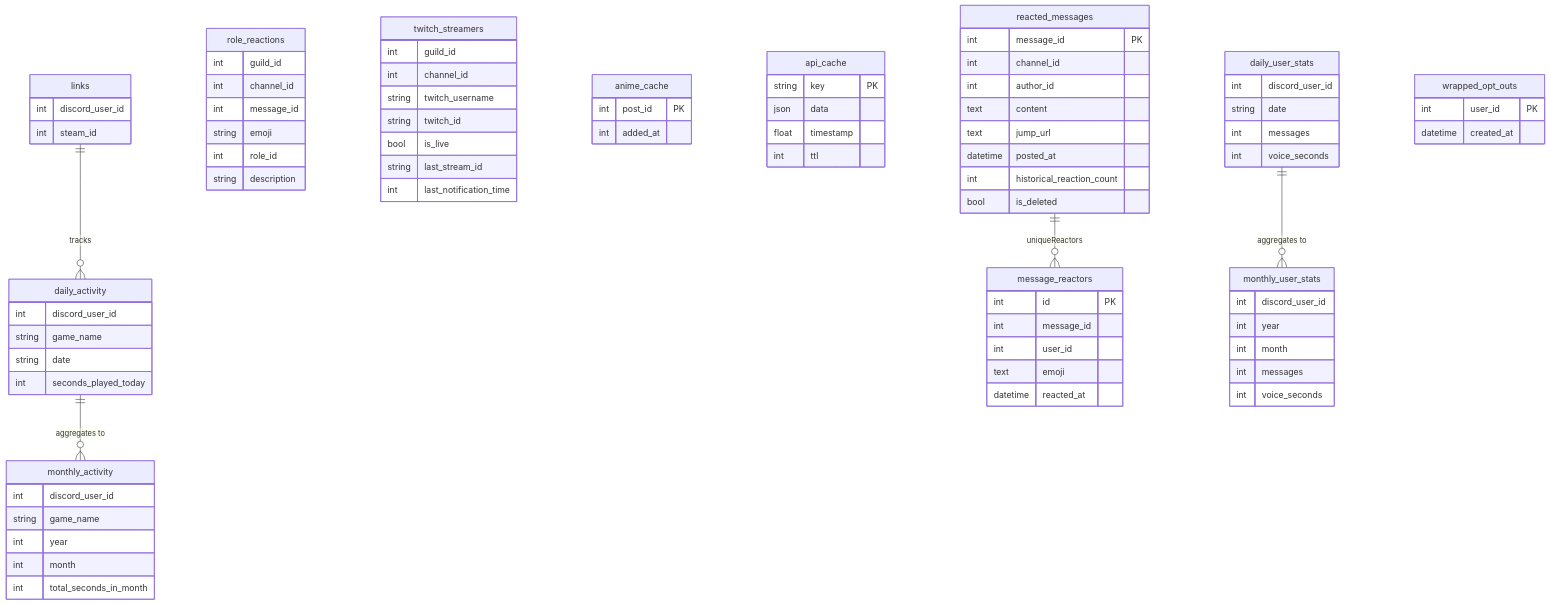
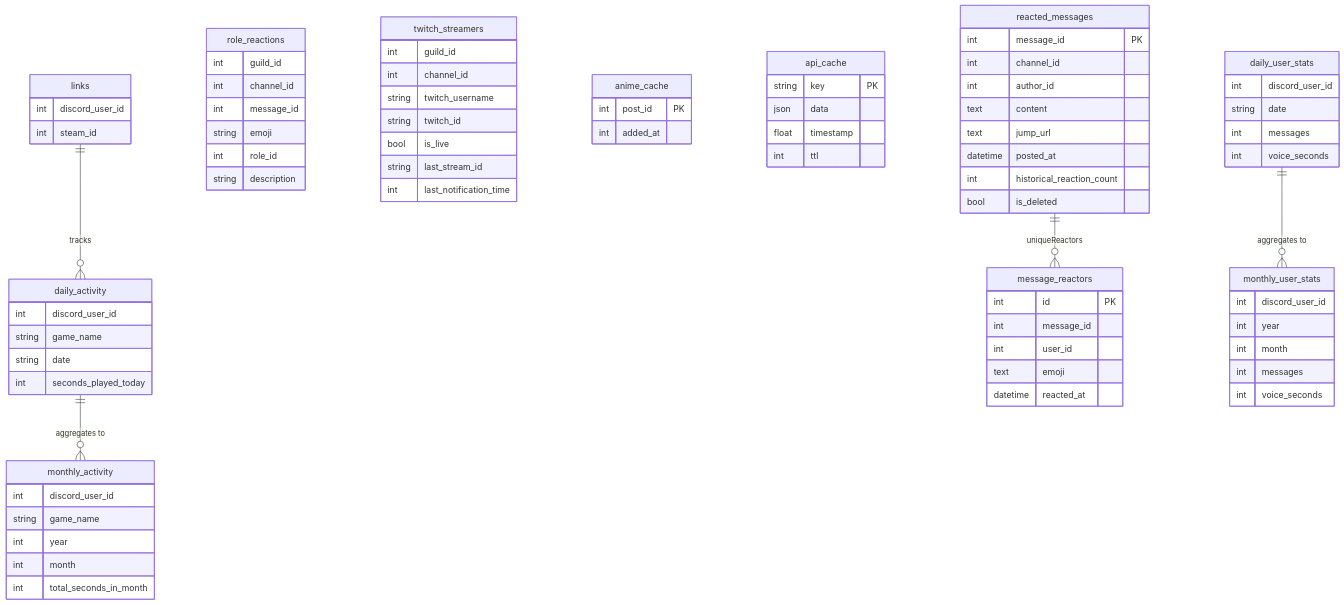
One commit to Twinlab/pd_bot changed the seventh of 10 diagrams in docs/architecture.md. Above: the diagram before and after it, drawn with Mermaid. The commit also changed 45 other files, not shown here.

```diff
--- a/docs/architecture.md
+++ b/docs/architecture.md
@@ -307,11 +307,6 @@
         int voice_seconds
     }
 
-    wrapped_opt_outs {
-        int user_id PK
-        datetime created_at
-    }
-
     links ||--o{ daily_activity : "tracks"
     daily_activity ||--o{ monthly_activity : "aggregates to"
     daily_user_stats ||--o{ monthly_user_stats : "aggregates to"
```
